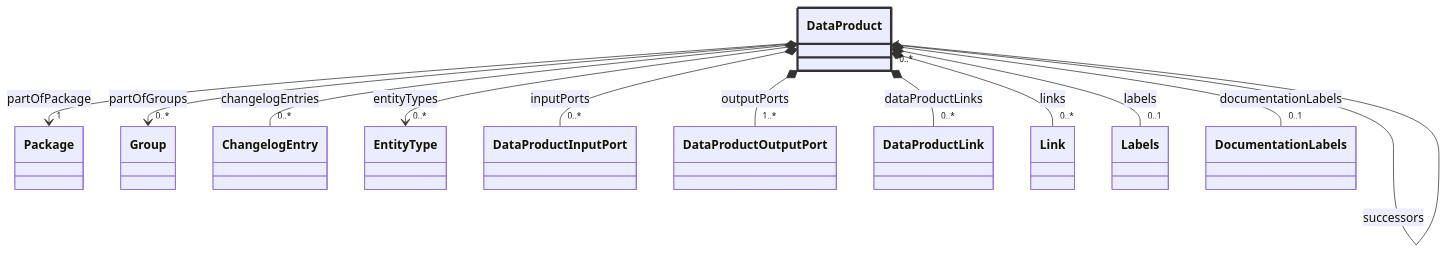
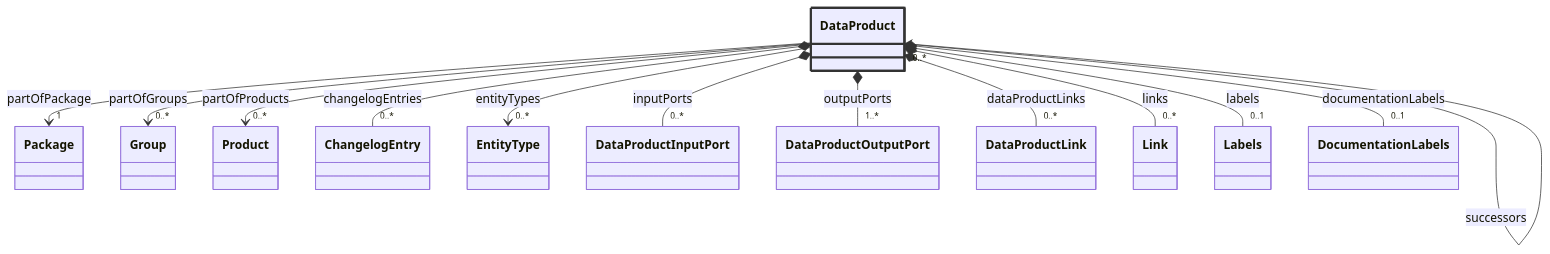
Before and after one commit to open-resource-discovery/specification: the seventh of 43 diagrams in docs/spec-v1/diagrams/document.md, drawn with Mermaid. The commit also changed other lines of this file and 34 other files, not shown here.

````diff
--- a/docs/spec-v1/diagrams/document.md
+++ b/docs/spec-v1/diagrams/document.md
@@ -189,27 +191,29 @@
   ```mermaid
   classDiagram
   class DataProduct
   style DataProduct stroke:#333,stroke-width:3px
   DataProduct --> "1" Package : partOfPackage
   DataProduct --> "0..*" Group : partOfGroups
+  DataProduct --> "0..*" Product : partOfProducts
   DataProduct --> "0..*" DataProduct : successors
   DataProduct *-- "0..*" ChangelogEntry : changelogEntries
   DataProduct --> "0..*" EntityType : entityTypes
   DataProduct *-- "0..*" DataProductInputPort : inputPorts
   DataProduct *-- "1..*" DataProductOutputPort : outputPorts
   DataProduct *-- "0..*" DataProductLink : dataProductLinks
   DataProduct *-- "0..*" Link : links
   DataProduct *-- "0..1" Labels : labels
   DataProduct *-- "0..1" DocumentationLabels : documentationLabels
   click DataProduct href "#dataproduct" "Go to DataProduct"
   click Package href "#package" "Go to Package"
   click Group href "#group" "Go to Group"
+  click Product href "#product" "Go to Product"
   click ChangelogEntry href "#changelogentry" "Go to ChangelogEntry"
   click EntityType href "#entitytype" "Go to EntityType"
   click DataProductInputPort href "#dataproductinputport" "Go to DataProductInputPort"
   click DataProductOutputPort href "#dataproductoutputport" "Go to DataProductOutputPort"
   click DataProductLink href "#dataproductlink" "Go to DataProductLink"
   click Link href "#link" "Go to Link"
   click Labels href "#labels" "Go to Labels"
   click DocumentationLabels href "#documentationlabels" "Go to DocumentationLabels"
   ```
````
